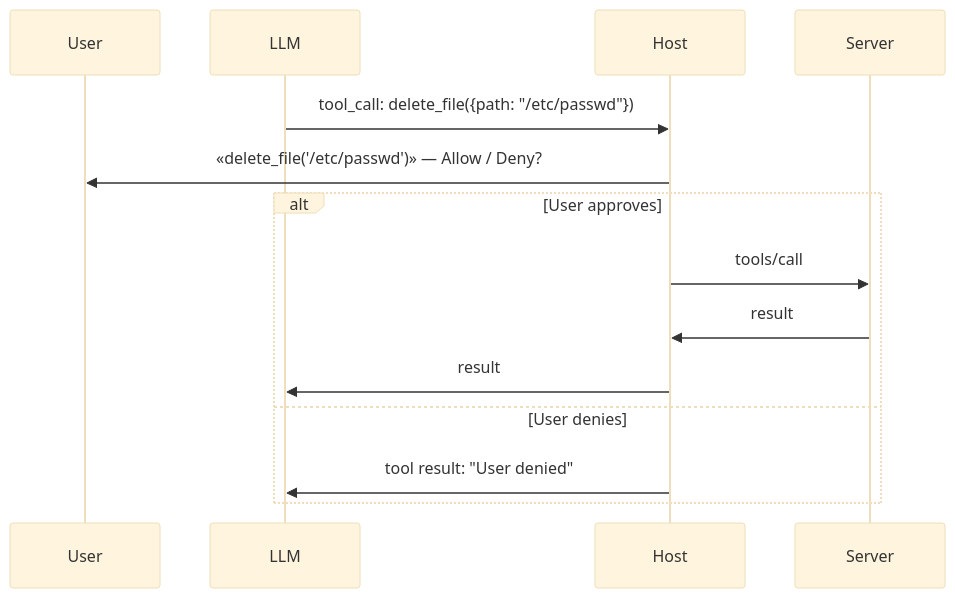
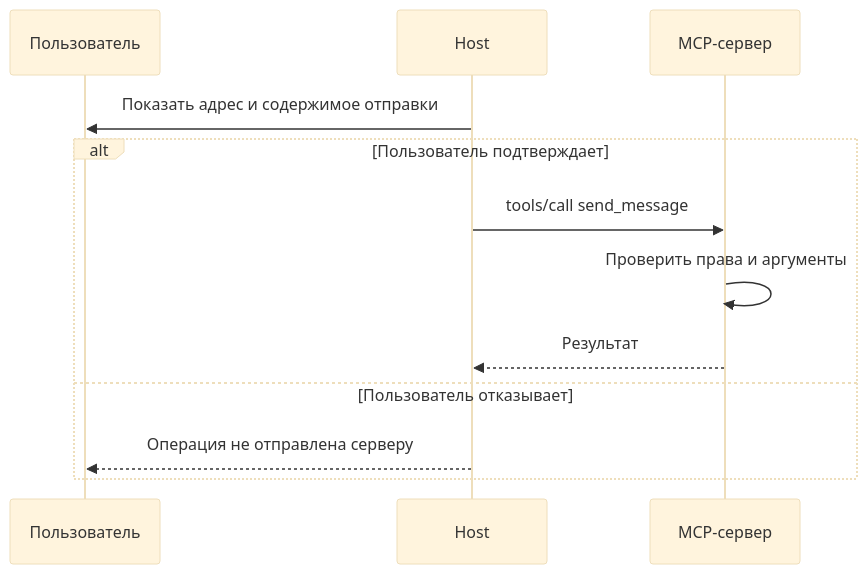
One commit to akeverus/cheat-sheet changed the second of 2 diagrams in cheatsheets/interview/ai-ml/mcp-interview.md. Above: the diagram before and after it, drawn with Mermaid (base theme). The commit also changed other lines of this file and 154 other files, not shown here.

````diff
--- a/cheatsheets/interview/ai-ml/mcp-interview.md
+++ b/cheatsheets/interview/ai-ml/mcp-interview.md
@@ -898,16 +570,14 @@
 ```mermaid
 sequenceDiagram
-    participant U as User
-    participant L as LLM
+    participant U as Пользователь
     participant H as Host
-    participant S as Server
-    L->>H: tool_call: delete_file({path: "/etc/passwd"})
-    H->>U: «delete_file('/etc/passwd')» — Allow / Deny?
-    alt User approves
-        H->>S: tools/call
-        S->>H: result
-        H->>L: result
-    else User denies
-        H->>L: tool result: "User denied"
+    participant S as MCP-сервер
+    H->>U: Показать адрес и содержимое отправки
+    alt Пользователь подтверждает
+        H->>S: tools/call send_message
+        S->>S: Проверить права и аргументы
+        S-->>H: Результат
+    else Пользователь отказывает
+        H-->>U: Операция не отправлена серверу
     end
 ```
````
